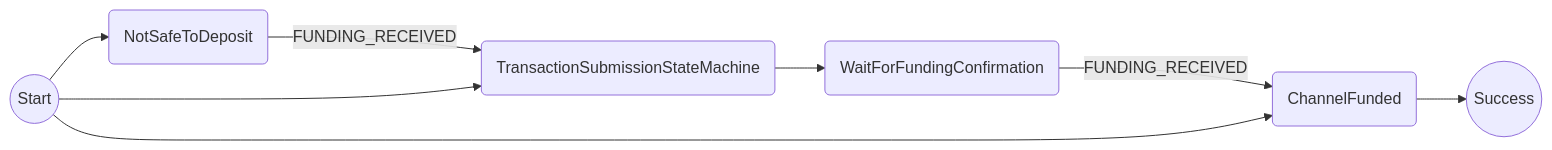
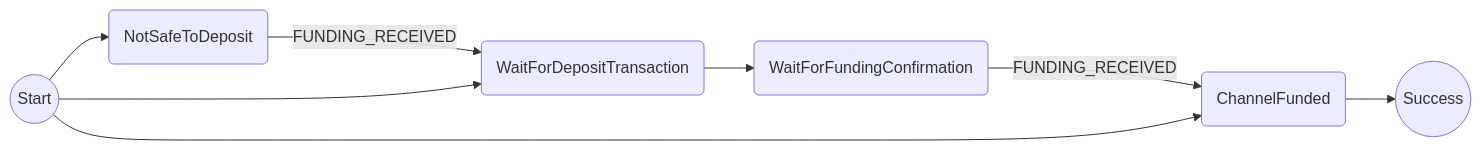
The diagram in packages/wallet/src/redux/protocols/direct-funding/readme.md (magmo/apps), drawn with Mermaid before and after one commit. The commit also changed 3 other files, not shown here.

Commit message:
Direct funding: Unit test for transaction success, renaming scenarios

````diff
--- a/packages/wallet/src/redux/protocols/direct-funding/readme.md
+++ b/packages/wallet/src/redux/protocols/direct-funding/readme.md
@@ -11,10 +11,10 @@
 ```mermaid
 graph LR
 ST((Start))-->NSD(NotSafeToDeposit)
-NSD-->|FUNDING_RECEIVED|TSSM(TransactionSubmissionStateMachine)
+NSD-->|FUNDING_RECEIVED|TSSM(WaitForDepositTransaction)
 ST-->TSSM
 TSSM-->WFFC(WaitForFundingConfirmation)
 WFFC-->|FUNDING_RECEIVED|CF(ChannelFunded)
 ST-->CF
 CF-->SC((Success))
 ```
````
